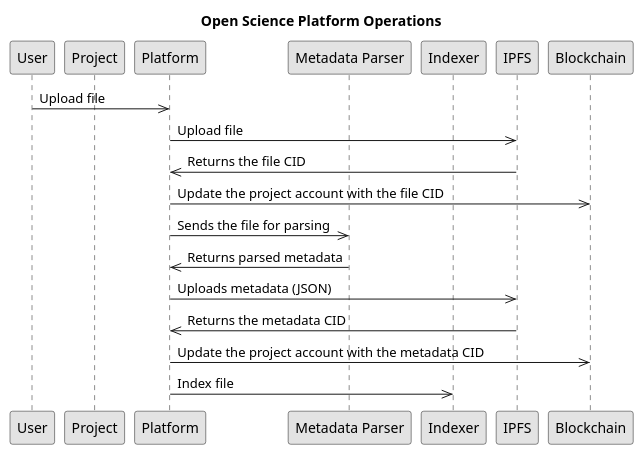
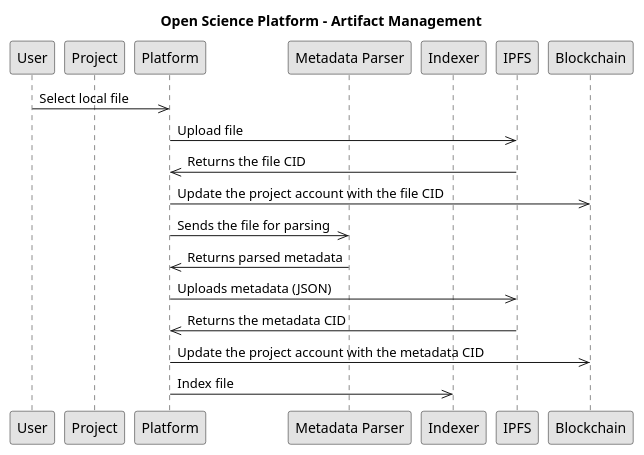
Before and after one commit to OliveiraEdu/d-OSP: the diagram in diagrams/plantUML/c4_platform_operations_2.wsd, drawn with PlantUML. The commit also changed 11 other files, not shown here.

```diff
--- a/diagrams/plantUML/c4_platform_operations_2.wsd
+++ b/diagrams/plantUML/c4_platform_operations_2.wsd
@@ -1,26 +1,26 @@
 @startuml
 
 skinparam monochrome true
 
-title Open Science Platform Operations
+title Open Science Platform - Artifact Management
 
 participant User as "User"
 participant Project as "Project"
 participant Platform as "Platform"
 participant Parser as "Metadata Parser"
 participant Indexer as "Indexer"
 participant IPFS as "IPFS"
 participant Blockchain as "Blockchain"
 
-User ->> Platform: Upload file
+User ->> Platform: Select local file
 Platform ->> IPFS: Upload file
 IPFS ->> Platform: Returns the file CID
 Platform ->> Blockchain: Update the project account with the file CID
 Platform ->> Parser: Sends the file for parsing
 Parser ->> Platform: Returns parsed metadata
 Platform ->> IPFS: Uploads metadata (JSON)
 IPFS ->> Platform: Returns the metadata CID
 Platform ->> Blockchain: Update the project account with the metadata CID
 Platform ->> Indexer: Index file
 
 @enduml
```
